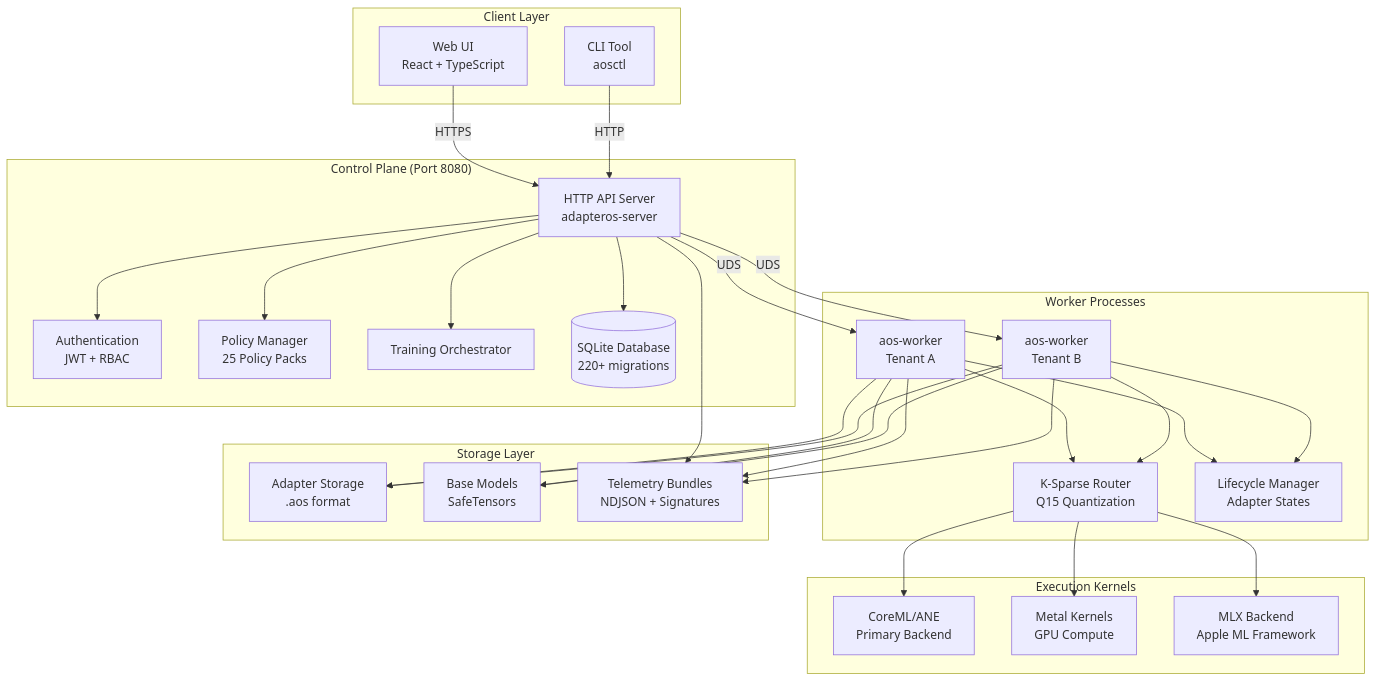
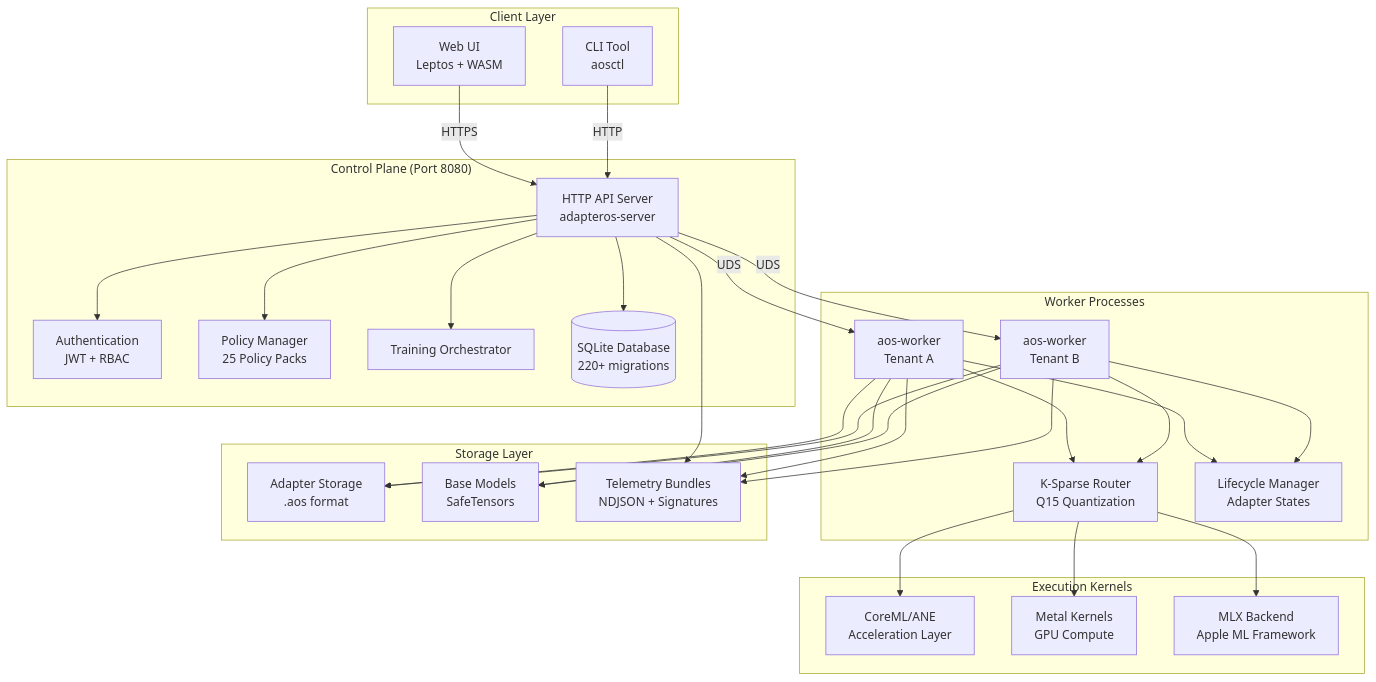
One commit to rogu3bear/adapter-os changed the first of 12 diagrams in docs/ARCHITECTURE.md. Above: the diagram before and after it, drawn with Mermaid. The commit also changed other lines of this file and 19 other files, not shown here.

````diff
--- a/docs/ARCHITECTURE.md
+++ b/docs/ARCHITECTURE.md
@@ -50,62 +50,62 @@
 ```mermaid
 graph TB
     subgraph "Client Layer"
-        UI[Web UI<br/>React + TypeScript]
+        UI[Web UI<br/>Leptos + WASM]
         CLI[CLI Tool<br/>aosctl]
     end
 
     subgraph "Control Plane (Port 8080)"
         API[HTTP API Server<br/>adapteros-server]
         Auth[Authentication<br/>JWT + RBAC]
         Policy[Policy Manager<br/>25 Policy Packs]
         Orchestrator[Training Orchestrator]
         DB[(SQLite Database<br/>220+ migrations)]
     end
 
     subgraph "Worker Processes"
         Worker1[aos-worker<br/>Tenant A]
         Worker2[aos-worker<br/>Tenant B]
         Router[K-Sparse Router<br/>Q15 Quantization]
         Lifecycle[Lifecycle Manager<br/>Adapter States]
     end
 
     subgraph "Execution Kernels"
-        CoreML[CoreML/ANE<br/>Primary Backend]
+        CoreML[CoreML/ANE<br/>Acceleration Layer]
         Metal[Metal Kernels<br/>GPU Compute]
         MLX[MLX Backend<br/>Apple ML Framework]
     end
 
     subgraph "Storage Layer"
         Adapters[Adapter Storage<br/>.aos format]
         Models[Base Models<br/>SafeTensors]
         Telemetry[Telemetry Bundles<br/>NDJSON + Signatures]
     end
 
     UI -->|HTTPS| API
     CLI -->|HTTP| API
     API --> Auth
     API --> Policy
     API --> Orchestrator
     API --> DB
 
     API -->|UDS| Worker1
     API -->|UDS| Worker2
 
     Worker1 --> Router
     Worker1 --> Lifecycle
     Worker2 --> Router
     Worker2 --> Lifecycle
 
     Router --> CoreML
     Router --> Metal
     Router --> MLX
 
     Worker1 --> Adapters
     Worker1 --> Models
     Worker2 --> Adapters
     Worker2 --> Models
 
     API --> Telemetry
     Worker1 --> Telemetry
     Worker2 --> Telemetry
 ```
````
